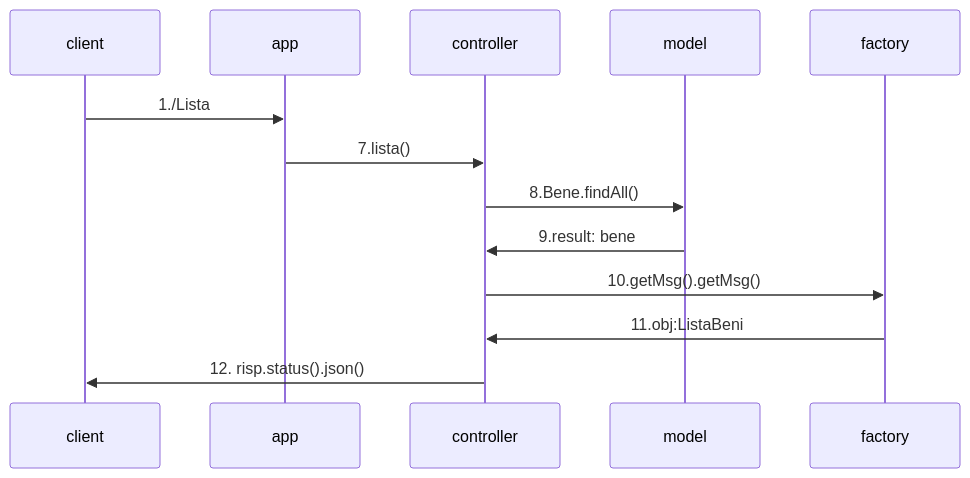
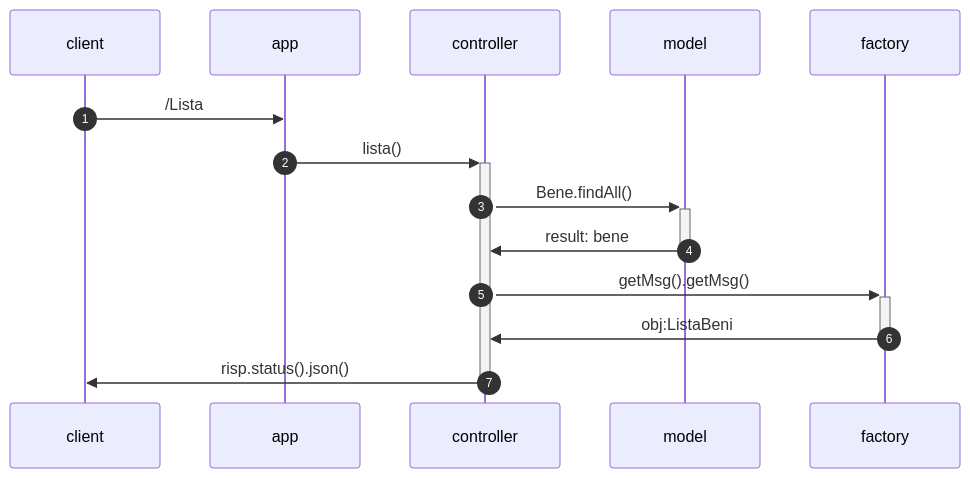
The second of 2 diagrams in README.md (MargheritaGaleazzi/AcquistoBeniStorici-Progetto-PA), drawn with Mermaid before and after one commit.

````diff
--- a/README.md
+++ b/README.md
@@ -184,10 +184,11 @@
 ```mermaid
 sequenceDiagram
-client ->> app: 1./Lista
-app ->> controller: 7.lista()
-controller ->> model : 8.Bene.findAll()
-model ->> controller : 9.result: bene
-controller ->> factory : 10.getMsg().getMsg()
-factory ->> controller: 11.obj:ListaBeni
-controller ->> client: 12. risp.status().json()
+autonumber
+client ->> app: /Lista
+app ->>+ controller: lista()
+controller ->>+ model : Bene.findAll()
+model ->>- controller : result: bene
+controller ->>+ factory : getMsg().getMsg()
+factory ->>- controller: obj:ListaBeni
+controller ->>- client:  risp.status().json()
 ```
````
